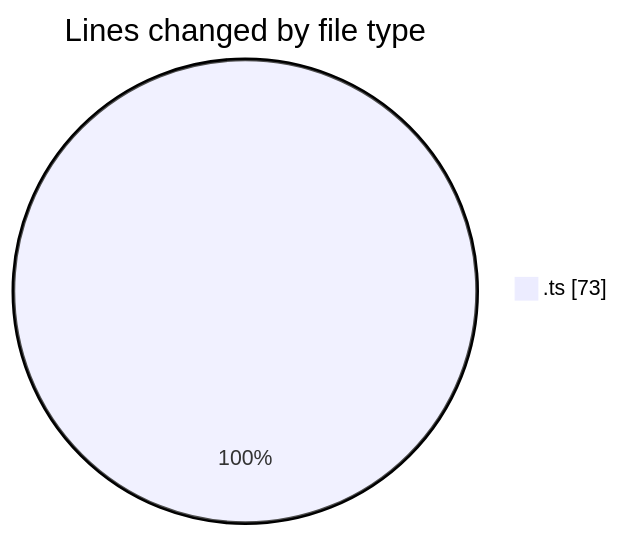
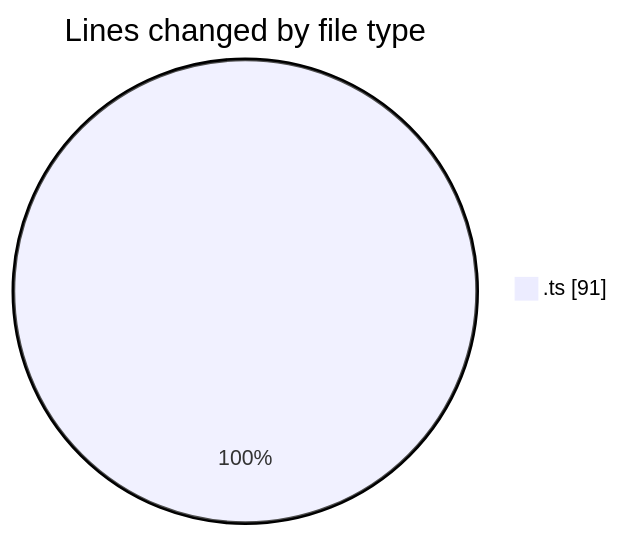
One commit to momahboobian/code-tracking changed the first of 2 diagrams in 2025-01-14/github-activity-tracker/README.md. Above: the diagram before and after it, drawn with Mermaid. The commit also changed other lines of this file and 1 other file, not shown here.

````diff
--- a/2025-01-14/github-activity-tracker/README.md
+++ b/2025-01-14/github-activity-tracker/README.md
@@ -22,5 +22,5 @@
 ```mermaid
 pie showData
 title Lines changed by file type
-".ts" : 73
+".ts" : 91
 ```
````
